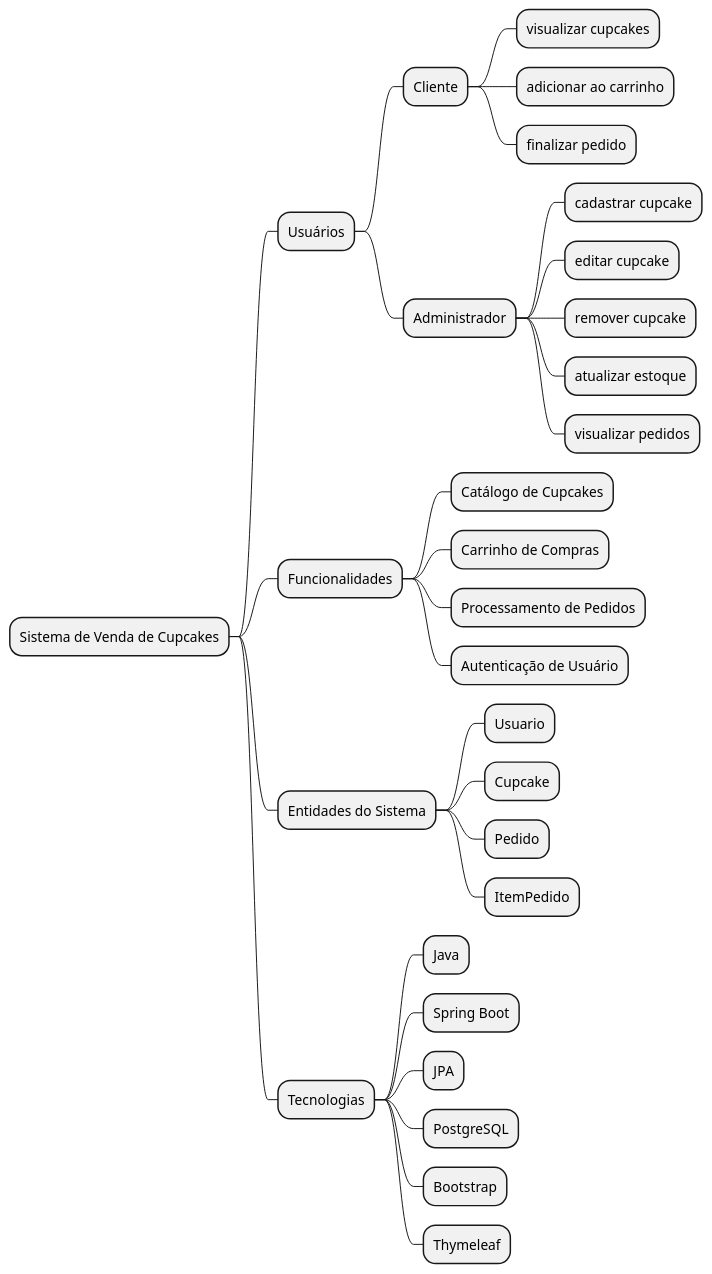
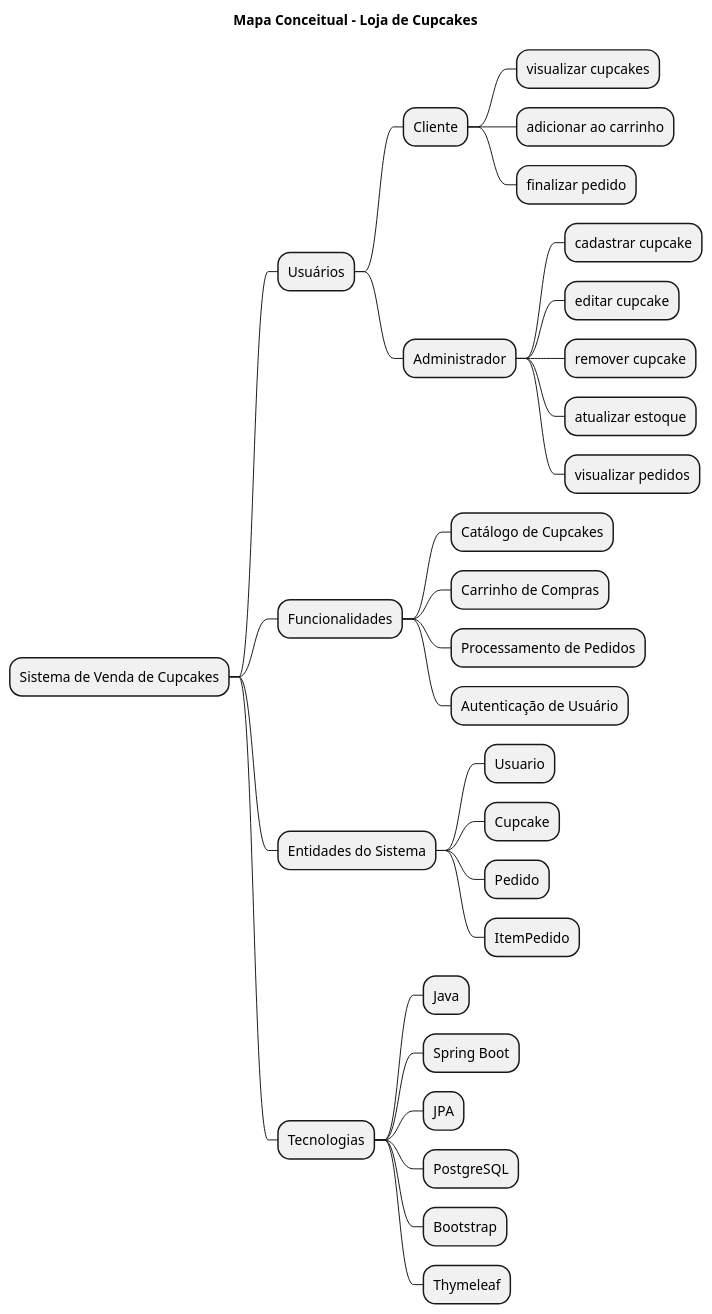
The diagram in docs/arquitetura/mapa-conceitual.puml (HeloisaFelizardo/CupcakeStore), drawn with PlantUML before and after one commit. The commit also changed 3 other files, not shown here.

Commit message:
docs: adicionar imagens mapar conceitual e mapa navegacional

```diff
--- a/docs/arquitetura/mapa-conceitual.puml
+++ b/docs/arquitetura/mapa-conceitual.puml
@@ -1,36 +1,37 @@
-@startmindmap
+@startmindmap Mapa Conceitual - Loja de Cupcakes
+title Mapa Conceitual - Loja de Cupcakes
 * Sistema de Venda de Cupcakes
 
 ** Usuários
 *** Cliente
 **** visualizar cupcakes
 **** adicionar ao carrinho
 **** finalizar pedido
 *** Administrador
 **** cadastrar cupcake
 **** editar cupcake
 **** remover cupcake
 **** atualizar estoque
 **** visualizar pedidos
 
 ** Funcionalidades
 *** Catálogo de Cupcakes
 *** Carrinho de Compras
 *** Processamento de Pedidos
 *** Autenticação de Usuário
 
 ** Entidades do Sistema
 *** Usuario
 *** Cupcake
 *** Pedido
 *** ItemPedido
 
 ** Tecnologias
 *** Java
 *** Spring Boot
 *** JPA
 *** PostgreSQL
 *** Bootstrap
 *** Thymeleaf
 
 @endmindmap
```
